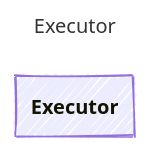
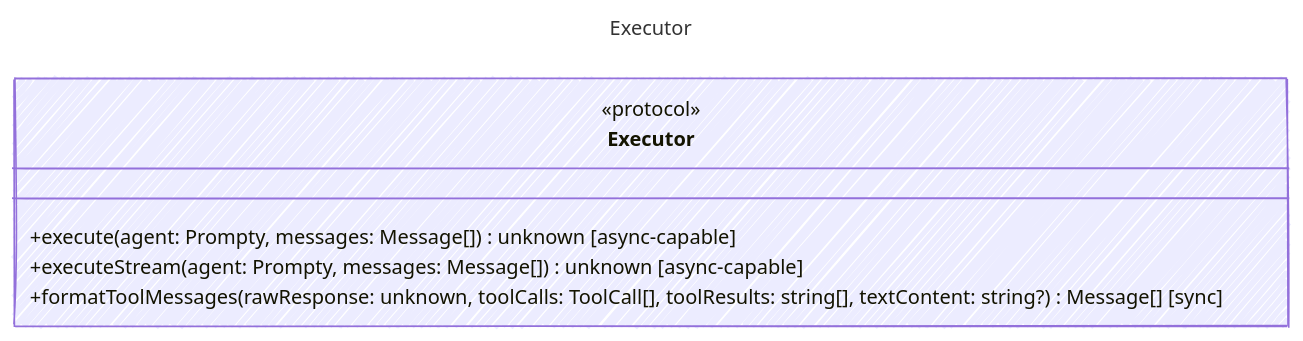
Before and after one commit to microsoft/prompty: the diagram in web/src/content/docs/reference/Executor.md, drawn with Mermaid. The commit also changed other lines of this file and 524 other files, not shown here.

````diff
--- a/web/src/content/docs/reference/Executor.md
+++ b/web/src/content/docs/reference/Executor.md
@@ -11,13 +11,17 @@
 ```mermaid
 ---
 title: Executor
 config:
   look: handDrawn
   theme: colorful
   class:
     hideEmptyMembersBox: true
 ---
 classDiagram
     class Executor {
+      <<protocol>>
+        +execute(agent: Prompty, messages: Message[]) unknown [async-capable]
+        +executeStream(agent: Prompty, messages: Message[]) unknown [async-capable]
+        +formatToolMessages(rawResponse: unknown, toolCalls: ToolCall[], toolResults: string[], textContent: string?) Message[] [sync]
     }
 ```
````
